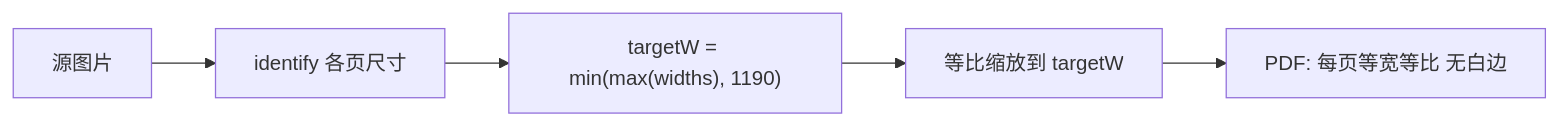
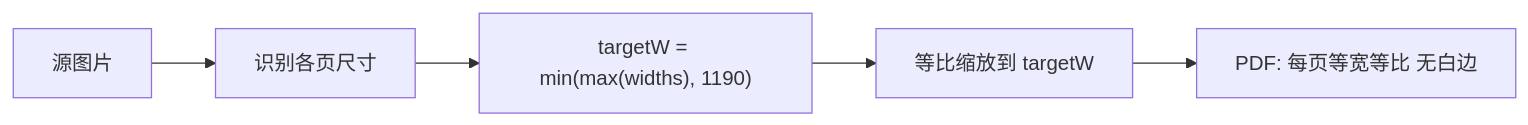
One commit to aDarkMaker/JMFM changed the diagram in docs/architecture/pdf.md. Above: the diagram before and after it, drawn with Mermaid. The commit also changed other lines of this file and 27 other files, not shown here.

Commit message:
docs: migrate architecture docs to capacitor stack

````diff
--- a/docs/architecture/pdf.md
+++ b/docs/architecture/pdf.md
@@ -20,7 +20,7 @@
 ```mermaid
 flowchart LR
-    imgs["源图片"] --> sizes["identify 各页尺寸"]
+    imgs["源图片"] --> sizes["识别各页尺寸"]
     sizes --> target["targetW = min(max(widths), 1190)"]
     target --> resize["等比缩放到 targetW"]
     resize --> pdf["PDF: 每页等宽等比 无白边"]
 ```
````
